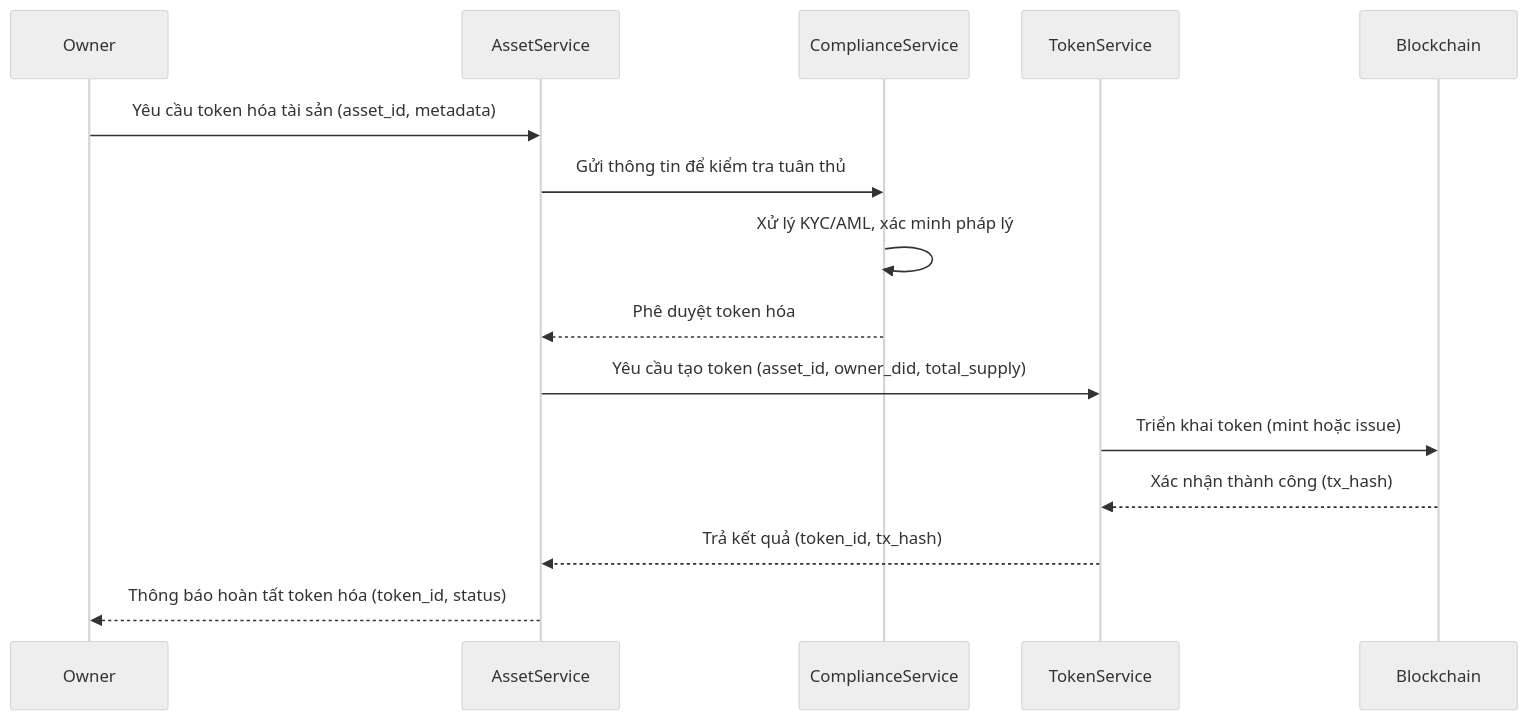
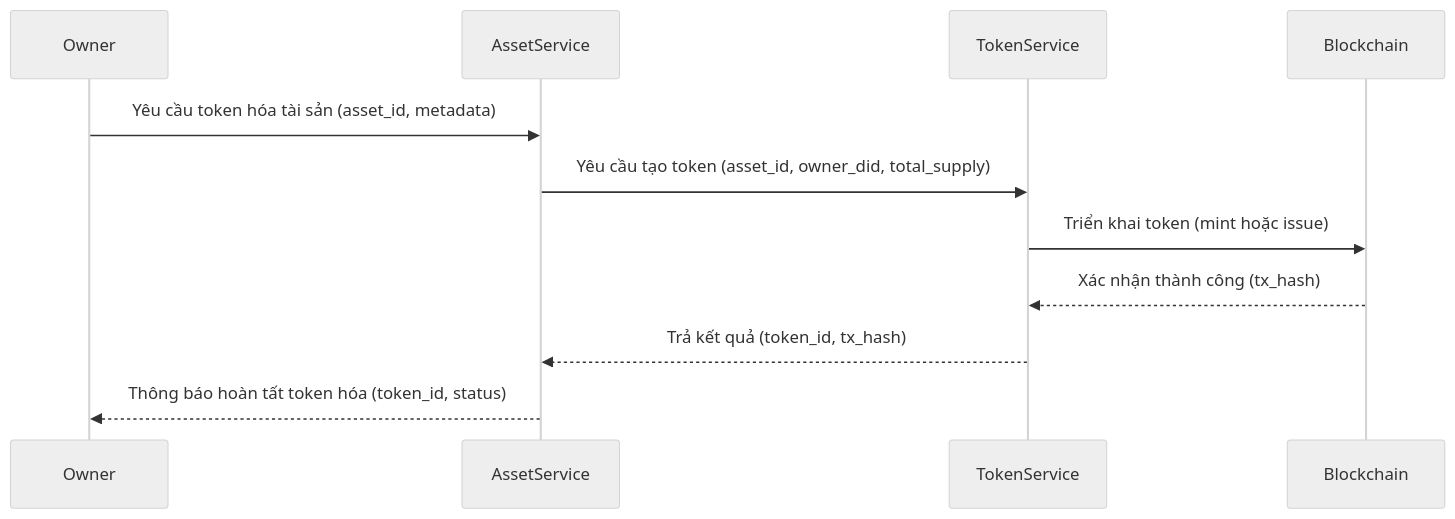
One commit to metafi-blockchain/metafi-digital-assets-service changed the fifth of 7 diagrams in docs/rd.vi.md. Above: the diagram before and after it, drawn with Mermaid (neutral theme). The commit also changed other lines of this file and 1 other file, not shown here.

````diff
--- a/docs/rd.vi.md
+++ b/docs/rd.vi.md
@@ -706,21 +510,14 @@
 ```mermaid
 sequenceDiagram
     participant Owner
     participant AssetService
-    participant ComplianceService
     participant TokenService
     participant Blockchain
 
     Owner->>AssetService: Yêu cầu token hóa tài sản (asset_id, metadata)
-    AssetService->>ComplianceService: Gửi thông tin để kiểm tra tuân thủ
-
-    ComplianceService->>ComplianceService: Xử lý KYC/AML, xác minh pháp lý
-    ComplianceService-->>AssetService: Phê duyệt token hóa
-
     AssetService->>TokenService: Yêu cầu tạo token (asset_id, owner_did, total_supply)
     TokenService->>Blockchain: Triển khai token (mint hoặc issue)
     Blockchain-->>TokenService: Xác nhận thành công (tx_hash)
-
     TokenService-->>AssetService: Trả kết quả (token_id, tx_hash)
     AssetService-->>Owner: Thông báo hoàn tất token hóa (token_id, status)
 ```
````
